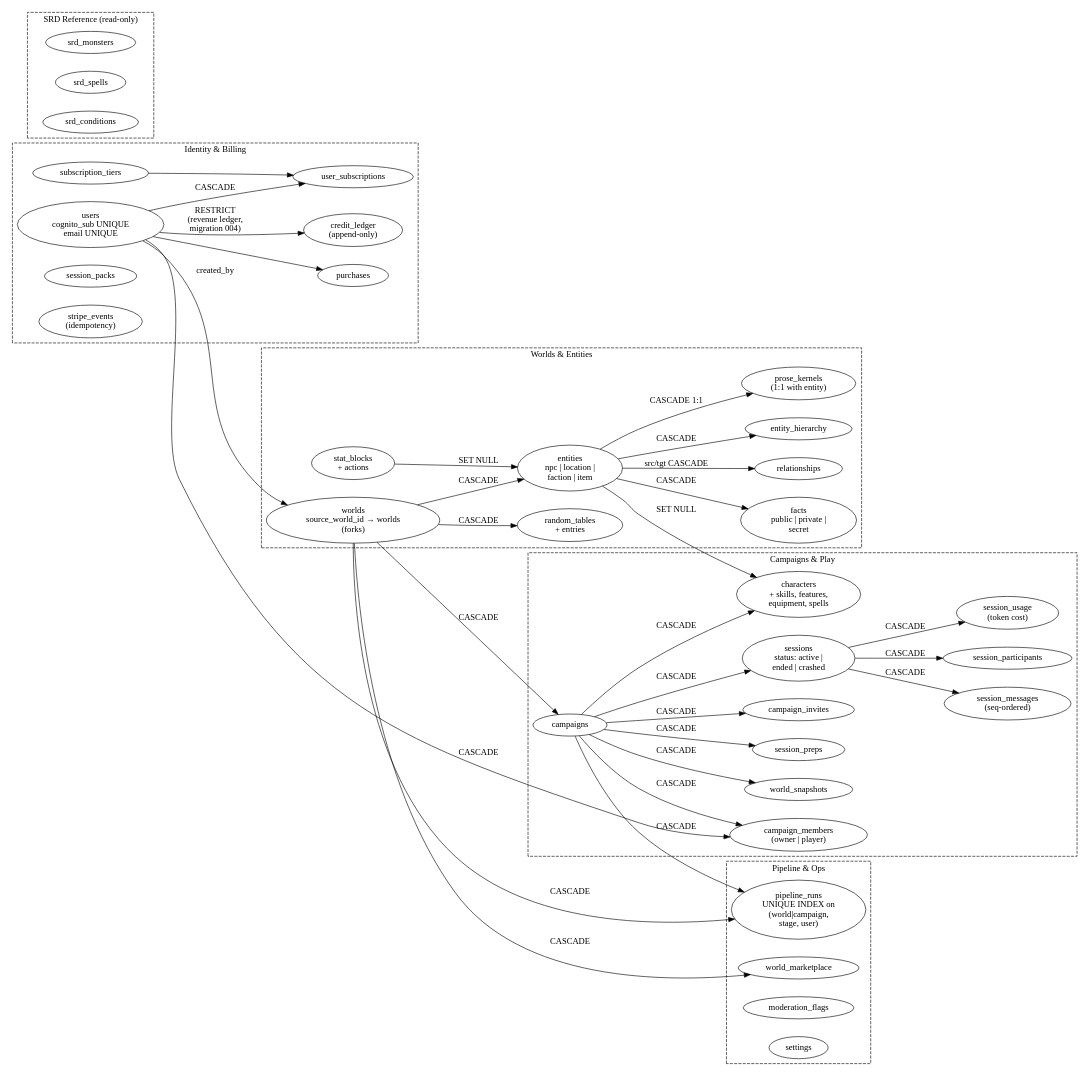
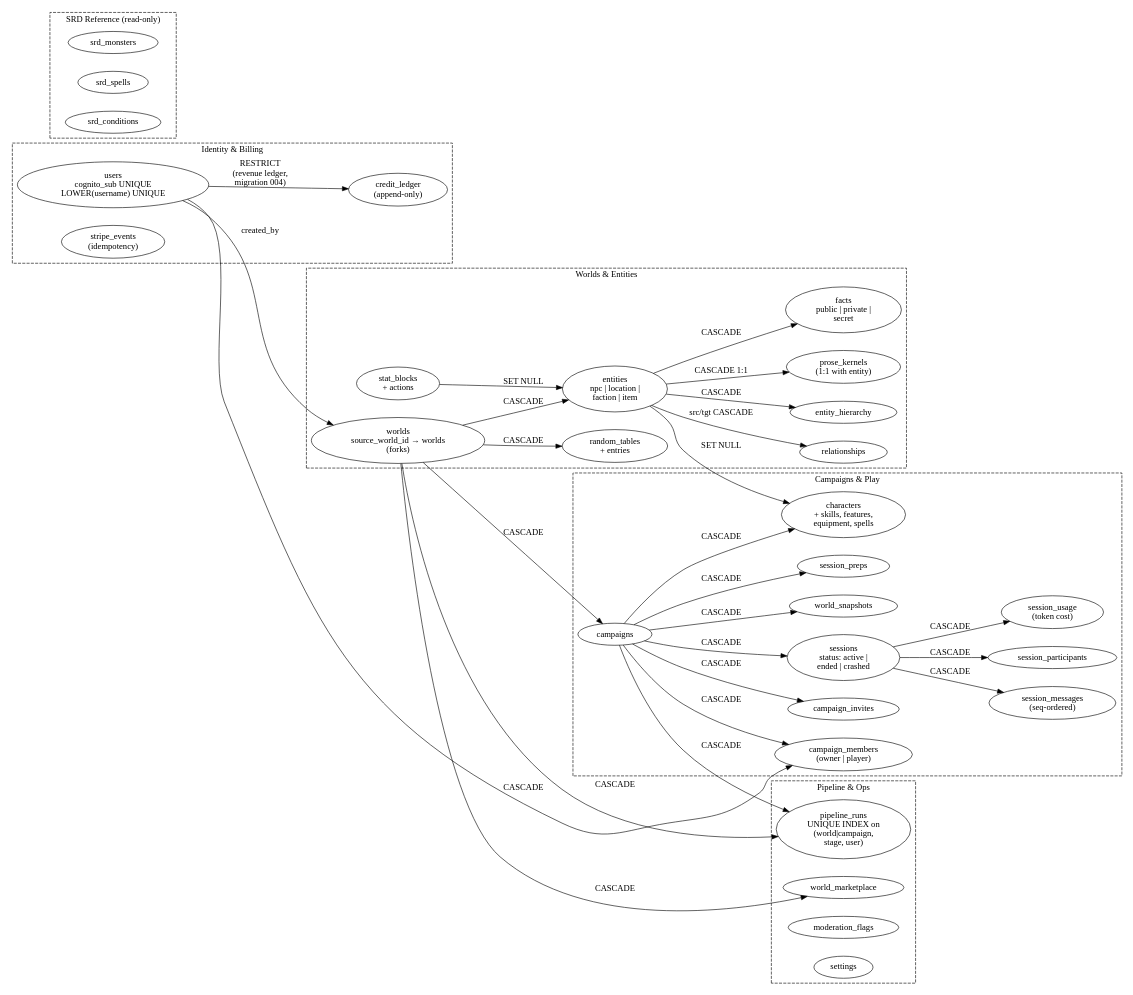
The diagram in docs/wiki/diagrams/data/schema.dot (mythrun/mythrun), drawn with Graphviz before and after one commit. The commit also changed 23 other files, not shown here.

First line of the commit message:
docs(wiki): sync for MYT-41 — author Stripe contract page + drop billing-config tables from schema

```diff
--- a/docs/wiki/diagrams/data/schema.dot
+++ b/docs/wiki/diagrams/data/schema.dot
@@ -1,117 +1,110 @@
 digraph schema {
   // High-level entity-relationship view of the initial schema. Boxes are
   // table clusters grouped by responsibility; edges are FK relationships.
   // Per-column detail belongs in the appendix and the migration files,
   // not on the diagram.
   rankdir=LR;
   compound=true;
   nodesep=0.4;
   ranksep=0.7;
 
   subgraph cluster_identity {
     label="Identity & Billing";
     style="dashed";
     color="ember";
     fontcolor="ember";
 
-    users   [label="users\ncognito_sub UNIQUE\nemail UNIQUE"];
+    users   [label="users\ncognito_sub UNIQUE\nLOWER(username) UNIQUE"];
     ledger  [label="credit_ledger\n(append-only)"];
-    subs    [label="user_subscriptions"];
-    tiers   [label="subscription_tiers"];
-    packs   [label="session_packs"];
-    purch   [label="purchases"];
     stripe  [label="stripe_events\n(idempotency)"];
   }
 
   subgraph cluster_world {
     label="Worlds & Entities";
     style="dashed";
     color="ember";
     fontcolor="ember";
 
     worlds   [label="worlds\nsource_world_id → worlds\n(forks)"];
     entities [label="entities\nnpc | location |\nfaction | item"];
     kernels  [label="prose_kernels\n(1:1 with entity)"];
     facts    [label="facts\npublic | private |\nsecret"];
     rels     [label="relationships"];
     hier     [label="entity_hierarchy"];
     rtables  [label="random_tables\n+ entries"];
     statbk   [label="stat_blocks\n+ actions"];
   }
 
   subgraph cluster_campaign {
     label="Campaigns & Play";
     style="dashed";
     color="ember";
     fontcolor="ember";
 
     camps     [label="campaigns"];
     members   [label="campaign_members\n(owner | player)"];
     invites   [label="campaign_invites"];
     chars     [label="characters\n+ skills, features,\nequipment, spells"];
     sessions  [label="sessions\nstatus: active |\nended | crashed"];
     msgs      [label="session_messages\n(seq-ordered)"];
     parts     [label="session_participants"];
     snaps     [label="world_snapshots"];
     preps     [label="session_preps"];
     usage     [label="session_usage\n(token cost)"];
   }
 
   subgraph cluster_ops {
     label="Pipeline & Ops";
     style="dashed";
     color="ember";
     fontcolor="ember";
 
     runs    [label="pipeline_runs\nUNIQUE INDEX on\n(world|campaign,\nstage, user)"];
     market  [label="world_marketplace"];
     flags   [label="moderation_flags"];
     sets    [label="settings"];
   }
 
   subgraph cluster_srd {
     label="SRD Reference (read-only)";
     style="dashed";
     color="ember";
     fontcolor="ember";
 
     monsters [label="srd_monsters"];
     spells   [label="srd_spells"];
     conds    [label="srd_conditions"];
   }
 
   // Identity edges
   users -> ledger    [label="RESTRICT\n(revenue ledger,\nmigration 004)"];
-  users -> subs      [label="CASCADE"];
-  tiers -> subs      [label=""];
-  users -> purch     [label=""];
 
   // Worlds edges
   users    -> worlds   [label="created_by"];
   worlds   -> entities [label="CASCADE"];
   entities -> kernels  [label="CASCADE 1:1"];
   entities -> facts    [label="CASCADE"];
   entities -> rels     [label="src/tgt CASCADE"];
   entities -> hier     [label="CASCADE"];
   worlds   -> rtables  [label="CASCADE"];
   statbk   -> entities [label="SET NULL"];
 
   // Campaign edges
   worlds  -> camps    [label="CASCADE"];
   camps   -> members  [label="CASCADE"];
   users   -> members  [label="CASCADE"];
   camps   -> invites  [label="CASCADE"];
   camps   -> chars    [label="CASCADE"];
   entities -> chars   [label="SET NULL"];
   camps   -> sessions [label="CASCADE"];
   sessions -> msgs    [label="CASCADE"];
   sessions -> parts   [label="CASCADE"];
   camps   -> snaps    [label="CASCADE"];
   camps   -> preps    [label="CASCADE"];
   sessions -> usage   [label="CASCADE"];
 
   // Ops edges
   worlds -> runs    [label="CASCADE"];
   camps  -> runs    [label="CASCADE"];
   worlds -> market  [label="CASCADE"];
 }
```
